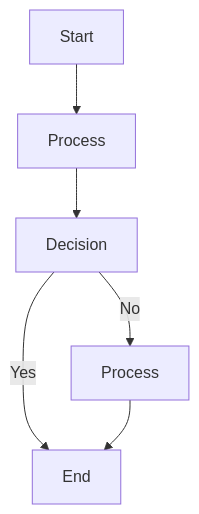
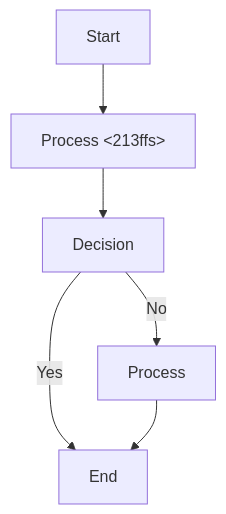
The diagram in README.md (jnusorg/repo-name), drawn with Mermaid before and after one commit.

````diff
--- a/README.md
+++ b/README.md
@@ -6,8 +6,8 @@
 ```mermaid
 graph TD;
-    A[Start] --> B[Process];
+    A[Start] --> B[Process <213ffs>];
     B --> C[Decision];
     C -->|Yes| D[End];
     C -->|No| E[Process];
     E --> D;
 ```
````
